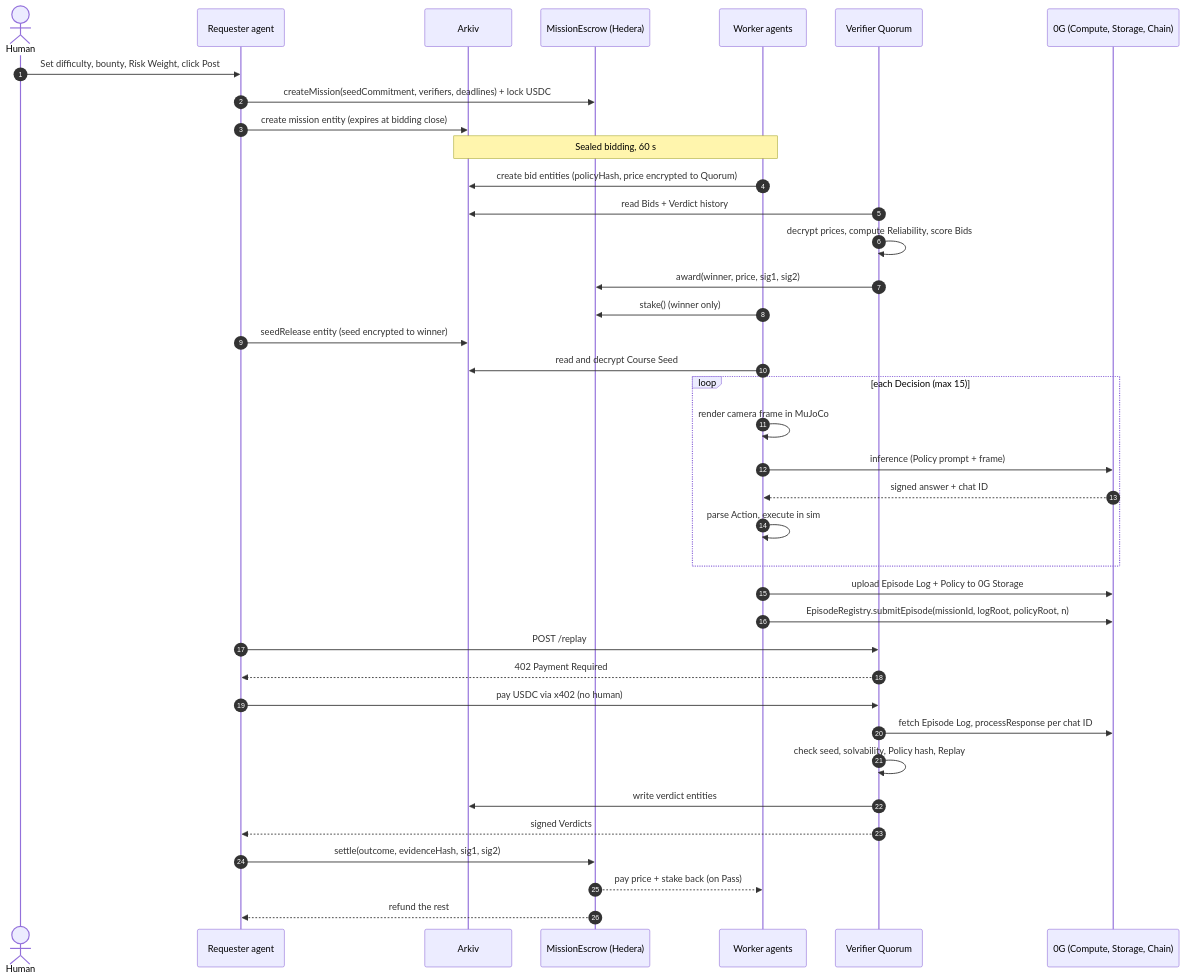
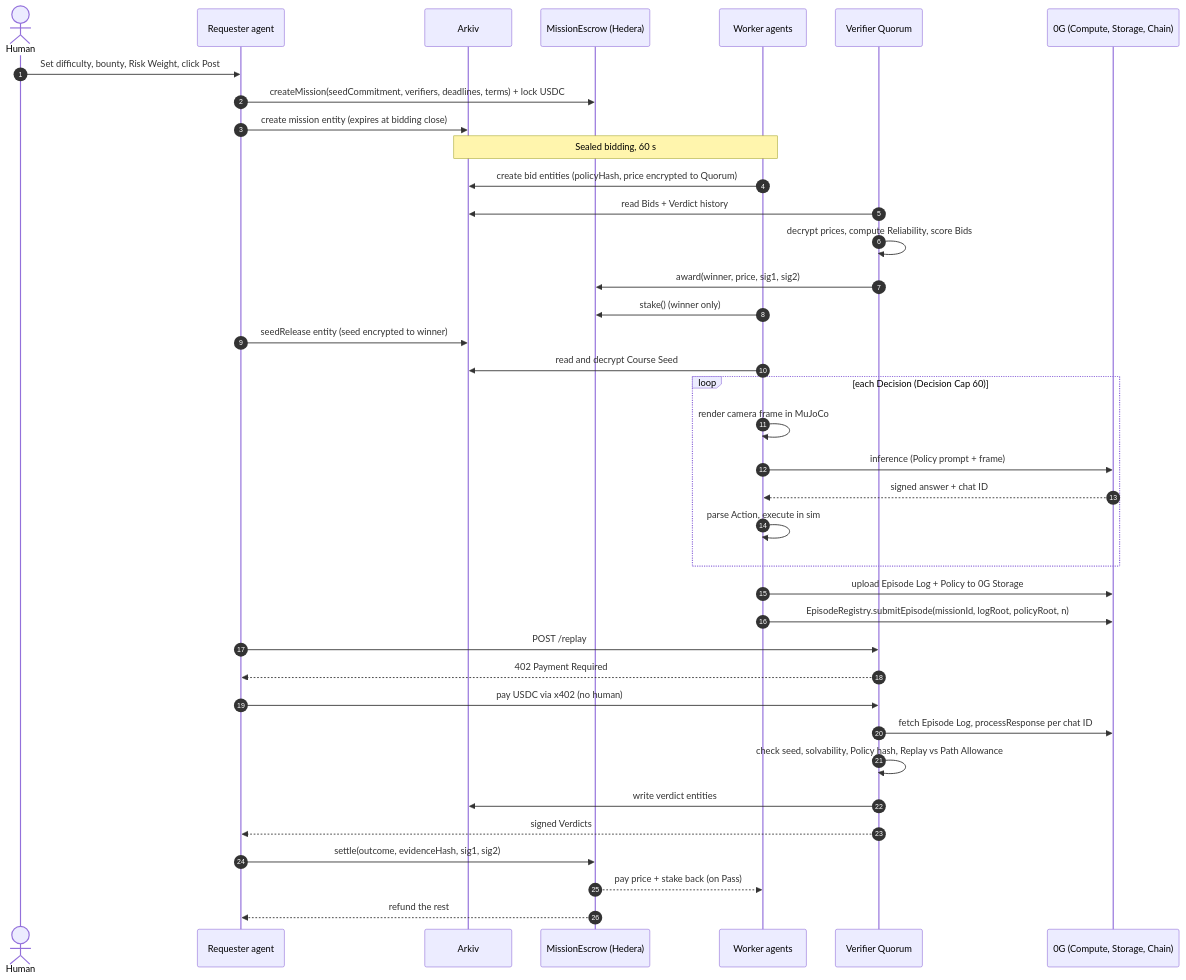
The second of 4 diagrams in docs/architecture.md (ksacheth/dewo), drawn with Mermaid before and after one commit. The commit also changed 5 other files, not shown here.

Commit message:
(docs) price freely, pass on path allowance

````diff
--- a/docs/architecture.md
+++ b/docs/architecture.md
@@ -50,46 +50,46 @@
 ```mermaid
 sequenceDiagram
   autonumber
   actor H as Human
   participant R as Requester agent
   participant A as Arkiv
   participant E as MissionEscrow (Hedera)
   participant W as Worker agents
   participant Q as Verifier Quorum
   participant G as 0G (Compute, Storage, Chain)
 
   H->>R: Set difficulty, bounty, Risk Weight, click Post
-  R->>E: createMission(seedCommitment, verifiers, deadlines) + lock USDC
+  R->>E: createMission(seedCommitment, verifiers, deadlines, terms) + lock USDC
   R->>A: create mission entity (expires at bidding close)
 
   Note over W,A: Sealed bidding, 60 s
   W->>A: create bid entities (policyHash, price encrypted to Quorum)
 
   Q->>A: read Bids + Verdict history
   Q->>Q: decrypt prices, compute Reliability, score Bids
   Q->>E: award(winner, price, sig1, sig2)
   W->>E: stake() (winner only)
   R->>A: seedRelease entity (seed encrypted to winner)
   W->>A: read and decrypt Course Seed
 
-  loop each Decision (max 15)
+  loop each Decision (Decision Cap 60)
     W->>W: render camera frame in MuJoCo
     W->>G: inference (Policy prompt + frame)
     G-->>W: signed answer + chat ID
     W->>W: parse Action, execute in sim
   end
 
   W->>G: upload Episode Log + Policy to 0G Storage
   W->>G: EpisodeRegistry.submitEpisode(missionId, logRoot, policyRoot, n)
 
   R->>Q: POST /replay
   Q-->>R: 402 Payment Required
   R->>Q: pay USDC via x402 (no human)
   Q->>G: fetch Episode Log, processResponse per chat ID
-  Q->>Q: check seed, solvability, Policy hash, Replay
+  Q->>Q: check seed, solvability, Policy hash, Replay vs Path Allowance
   Q->>A: write verdict entities
   Q-->>R: signed Verdicts
   R->>E: settle(outcome, evidenceHash, sig1, sig2)
   E-->>W: pay price + stake back (on Pass)
   E-->>R: refund the rest
 ```
````
